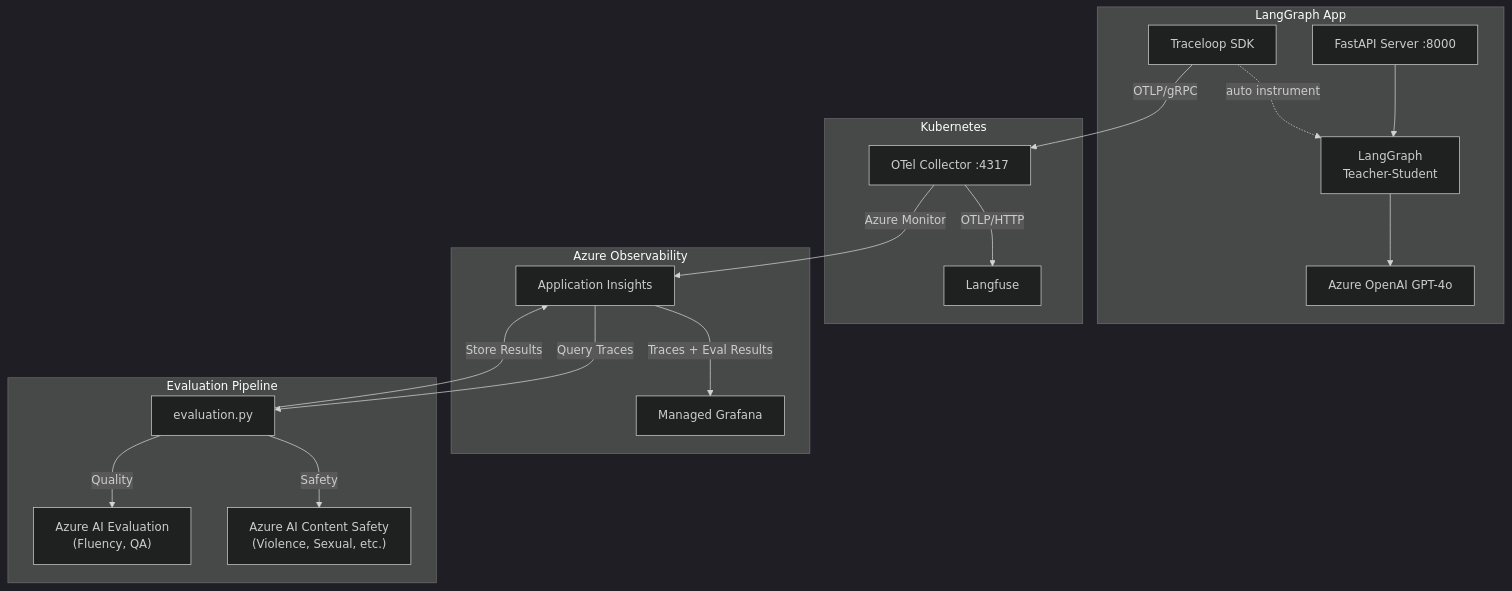
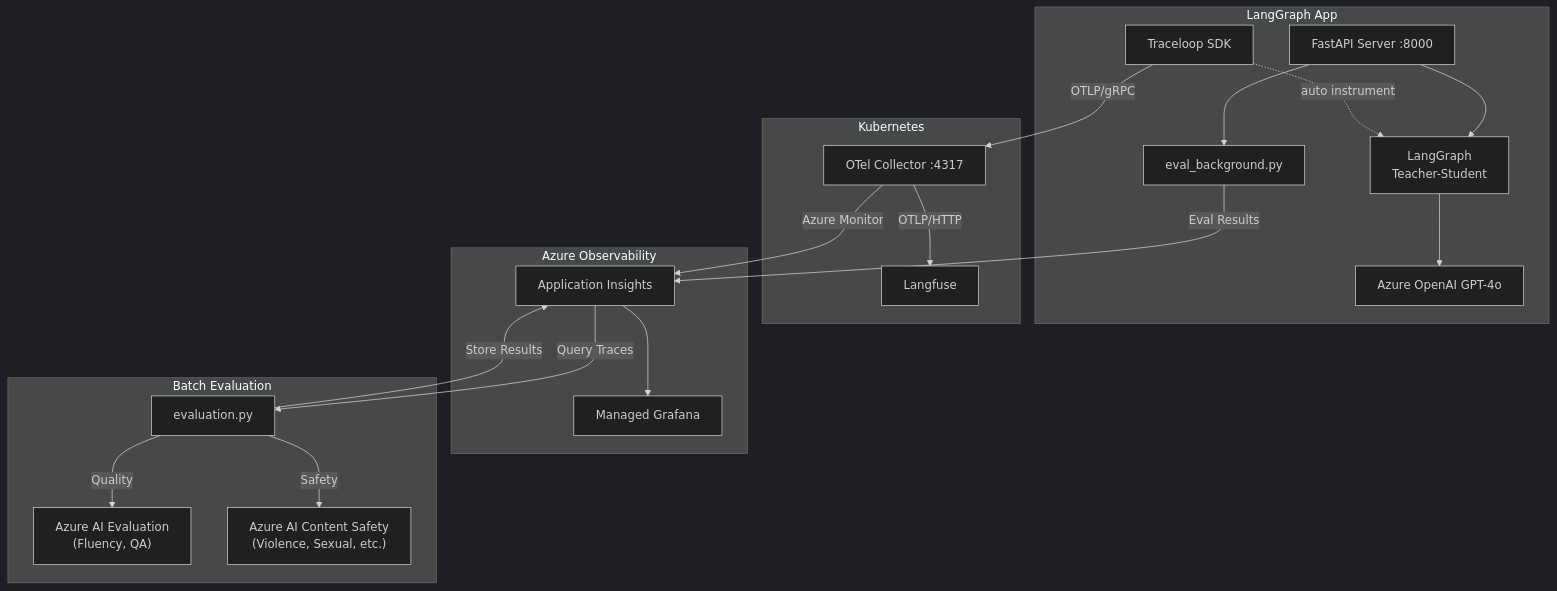
One commit to daeungo1/enterprise-agent-observability changed the diagram in DECK.md. Above: the diagram before and after it, drawn with Mermaid (dark theme). The commit also changed other lines of this file and 2 other files, not shown here.

Commit message:
fix: update architecture diagrams - eval results flow directly to App Insights
- Add direct Eval Results arrow from App (eval_background.py) to App Insights
- Add BGEval node in Mermaid diagrams (copilot-instructions, DECK)
- Remove misleading 'Traces + Eval Results' label from Grafana arrow
- Rename Evaluation Pipeline to Batch Evaluation
- Update DECK data flow table with separate rows for BG eval and batch eval

````diff
--- a/DECK.md
+++ b/DECK.md
@@ -141,38 +141,41 @@
 ```mermaid
 flowchart TB
     subgraph App["LangGraph App"]
         FastAPI["FastAPI Server :8000"]
         LangGraph["LangGraph<br/>Teacher-Student"]
         Traceloop["Traceloop SDK"]
+        BGEval["eval_background.py"]
         AzureOAI["Azure OpenAI GPT-4o"]
 
         FastAPI --> LangGraph
         LangGraph --> AzureOAI
         Traceloop -.->|auto instrument| LangGraph
+        FastAPI --> BGEval
     end
 
     subgraph K8s["Kubernetes"]
         OTelCollector["OTel Collector :4317"]
         Langfuse["Langfuse"]
     end
 
     subgraph Observability["Azure Observability"]
         AppInsights["Application Insights"]
         Grafana["Managed Grafana"]
     end
 
-    subgraph Evaluation["Evaluation Pipeline"]
+    subgraph Evaluation["Batch Evaluation"]
         EvalScript["evaluation.py"]
         AIEval["Azure AI Evaluation<br/>(Fluency, QA)"]
         ContentSafety["Azure AI Content Safety<br/>(Violence, Sexual, etc.)"]
     end
 
     Traceloop -->|OTLP/gRPC| OTelCollector
     OTelCollector -->|OTLP/HTTP| Langfuse
     OTelCollector -->|Azure Monitor| AppInsights
-    AppInsights -->|Traces + Eval Results| Grafana
+    BGEval -->|Eval Results| AppInsights
+    AppInsights --> Grafana
     AppInsights -->|Query Traces| EvalScript
     EvalScript -->|Quality| AIEval
     EvalScript -->|Safety| ContentSafety
     EvalScript -->|Store Results| AppInsights
 ```
````
